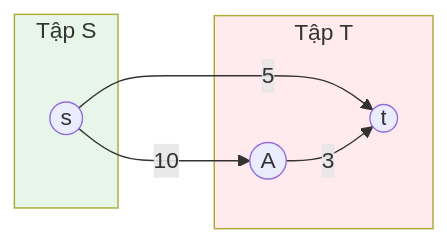
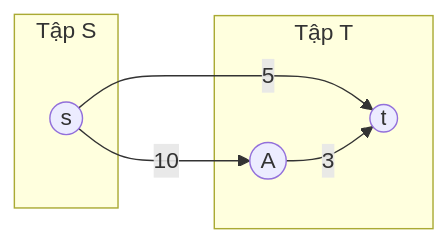
The third of 5 diagrams in docs/lessons/network-flow.md (FPTOJ-OJ/fptoj_wiki), drawn with Mermaid before and after one commit. The commit also changed other lines of this file and 18 other files, not shown here.

First line of the commit message:
fix: LaTeX errors, mermaid theme switching, remove custom colors

````diff
--- a/docs/lessons/network-flow.md
+++ b/docs/lessons/network-flow.md
@@ -104,16 +197,13 @@
 ```mermaid
 graph LR
     subgraph S["Tập S"]
         s((s))
     end
     subgraph T["Tập T"]
         A((A))
         t((t))
     end
     s -->|10| A
     s -->|5| t
     A -->|3| t
-
-    style S fill:#e8f5e9
-    style T fill:#ffebee
 ```
````
